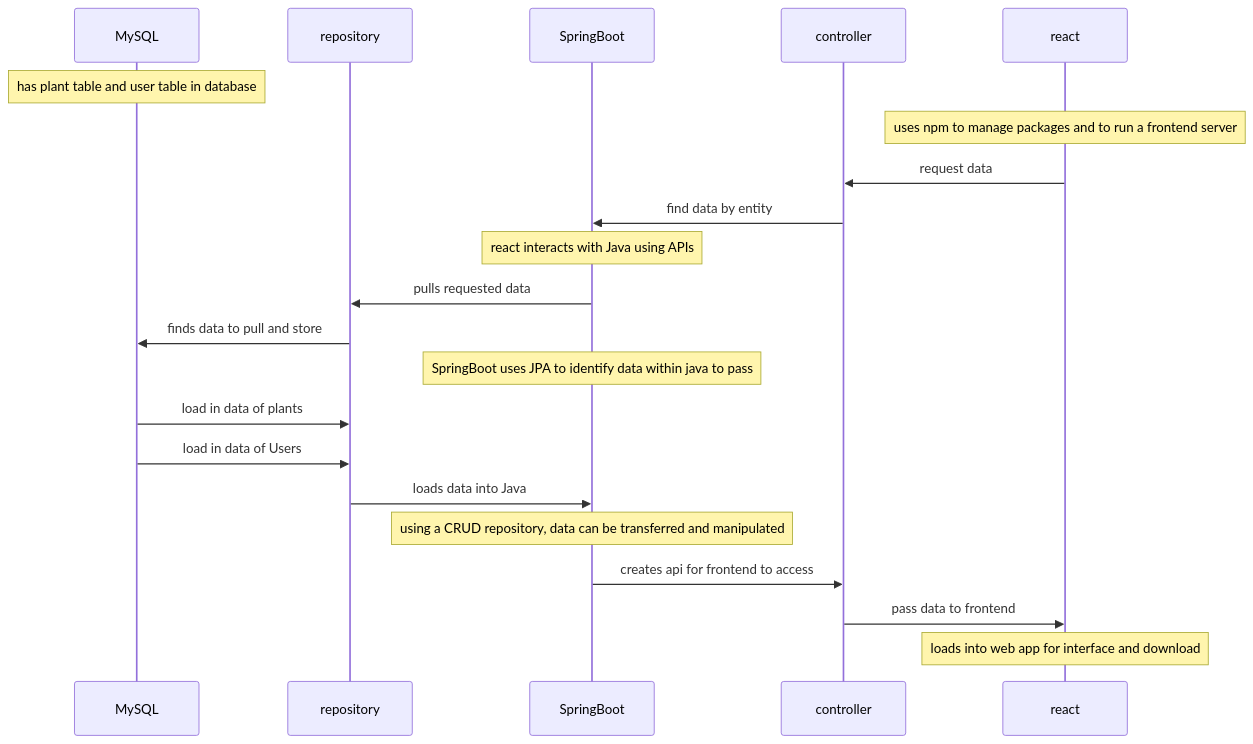
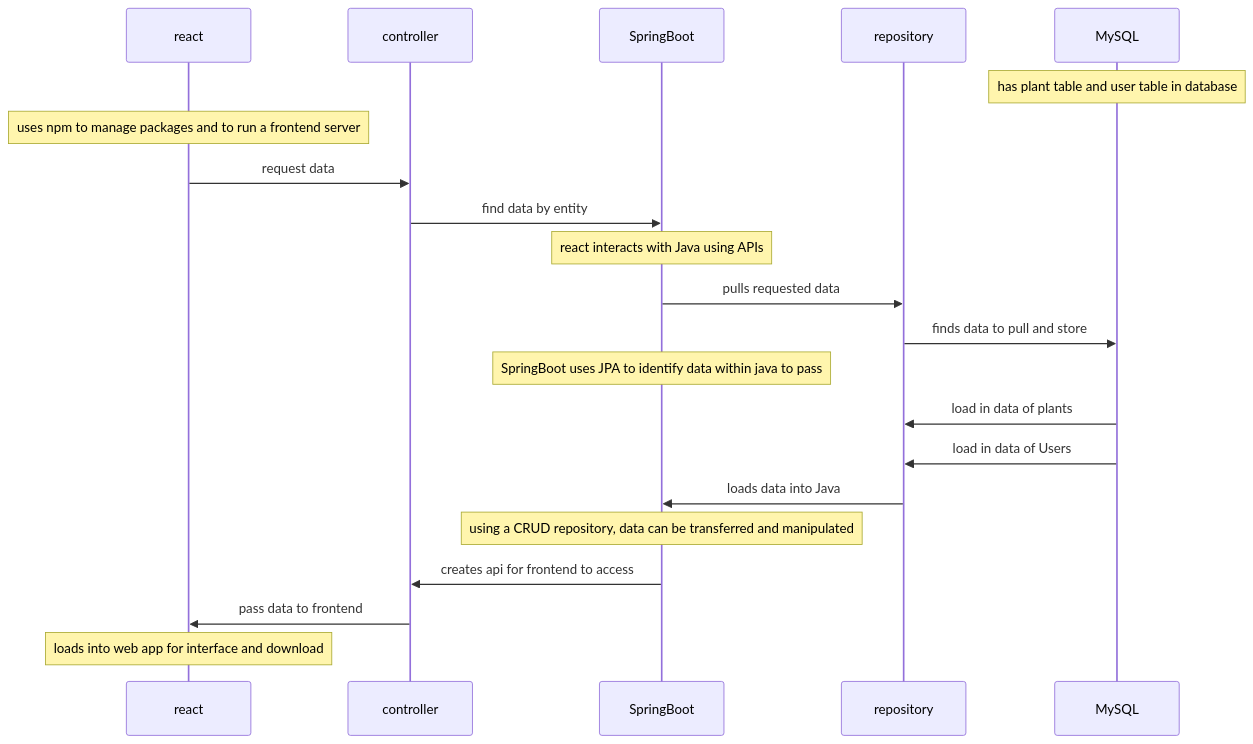
Before and after one commit to zachmoore223/PlantCalendar: the diagram in README.md, drawn with Mermaid. The commit also changed other lines of this file, not shown here.

````diff
--- a/README.md
+++ b/README.md
@@ -26,28 +26,28 @@
 ```mermaid
 sequenceDiagram
 
+participant react
+participant controller
+participant SpringBoot
+participant repository
 participant MySQL
-participant repository
-participant SpringBoot
-participant controller
-participant react
 
 note over MySQL: has plant table and user table in database
 note over react: uses npm to manage packages and to run a frontend server
 
 react ->> controller: request data
 controller ->> SpringBoot: find data by entity
 note over SpringBoot: react interacts with Java using APIs
 
 SpringBoot ->> repository: pulls requested data
 repository ->> MySQL: finds data to pull and store
 note over SpringBoot: SpringBoot uses JPA to identify data within java to pass
 
 MySQL ->> repository: load in data of plants
 MySQL ->> repository: load in data of Users
 repository ->> SpringBoot: loads data into Java
 note over SpringBoot: using a CRUD repository, data can be transferred and manipulated
 SpringBoot ->> controller: creates api for frontend to access
 controller ->> react: pass data to frontend
 note over react: loads into web app for interface and download
 ```
````
